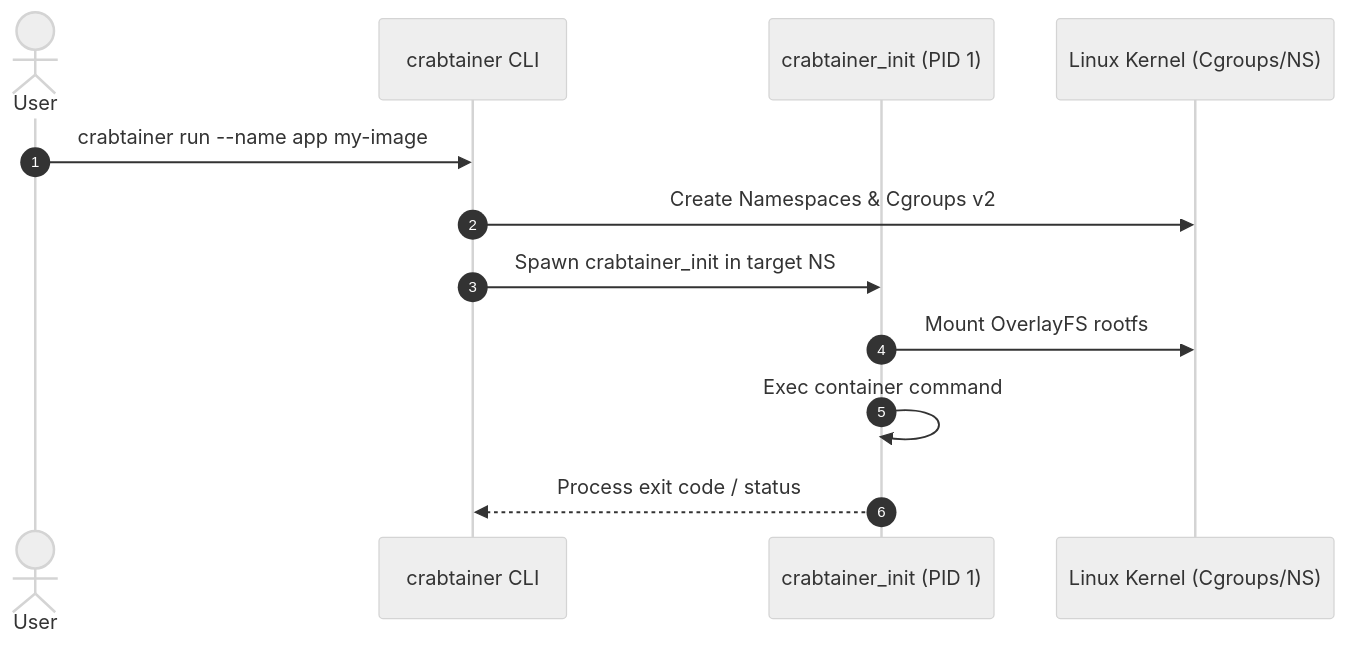
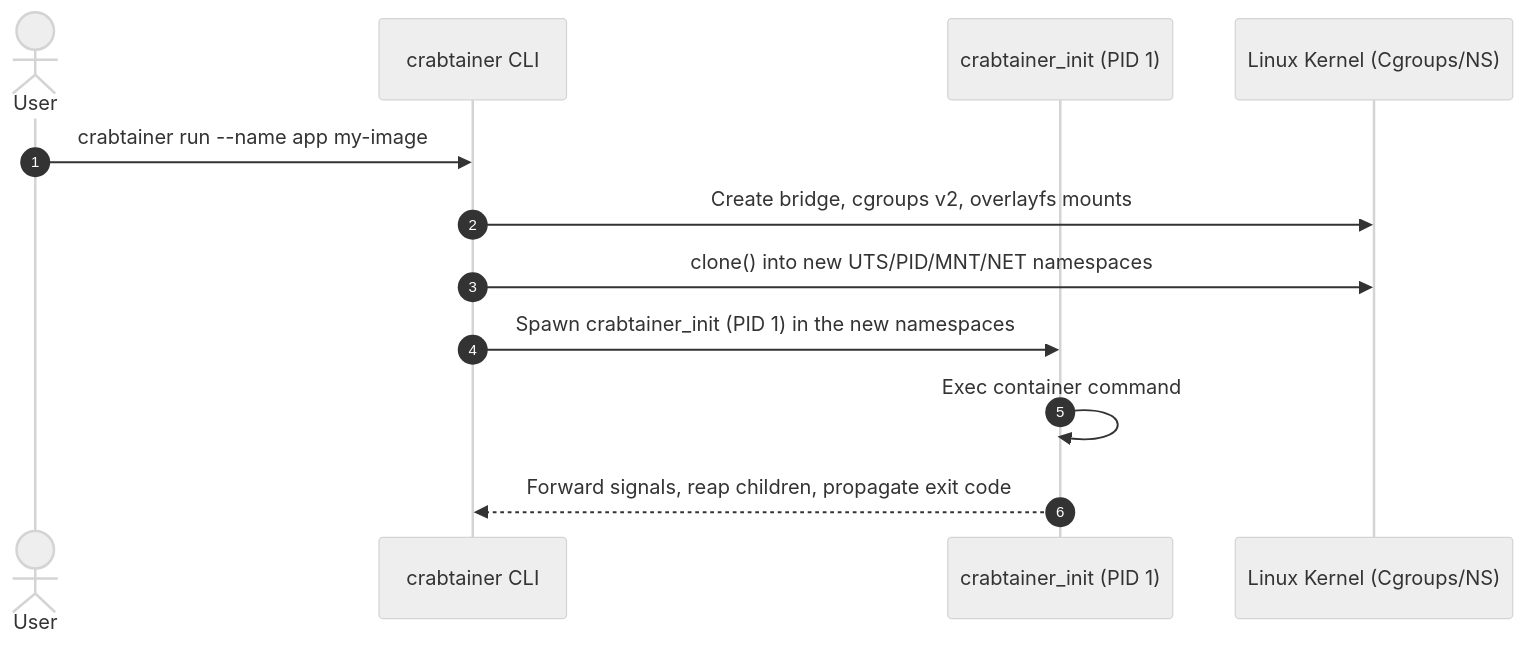
Before and after one commit to LisZLisowni2/crabtainer: the diagram in docs/src/architecture.md, drawn with Mermaid (neutral theme). The commit also changed other lines of this file and 6 other files, not shown here.

````diff
--- a/docs/src/architecture.md
+++ b/docs/src/architecture.md
@@ -7,15 +10,15 @@
 ```mermaid
 sequenceDiagram
     autonumber
     actor User
     participant CLI as crabtainer CLI
     participant Init as crabtainer_init (PID 1)
     participant Kernel as Linux Kernel (Cgroups/NS)
 
     User->>CLI: crabtainer run --name app my-image
-    CLI->>Kernel: Create Namespaces & Cgroups v2
-    CLI->>Init: Spawn crabtainer_init in target NS
-    Init->>Kernel: Mount OverlayFS rootfs
+    CLI->>Kernel: Create bridge, cgroups v2, overlayfs mounts
+    CLI->>Kernel: clone() into new UTS/PID/MNT/NET namespaces
+    CLI->>Init: Spawn crabtainer_init (PID 1) in the new namespaces
     Init->>Init: Exec container command
-    Init-->>CLI: Process exit code / status
+    Init-->>CLI: Forward signals, reap children, propagate exit code
 ```
````
